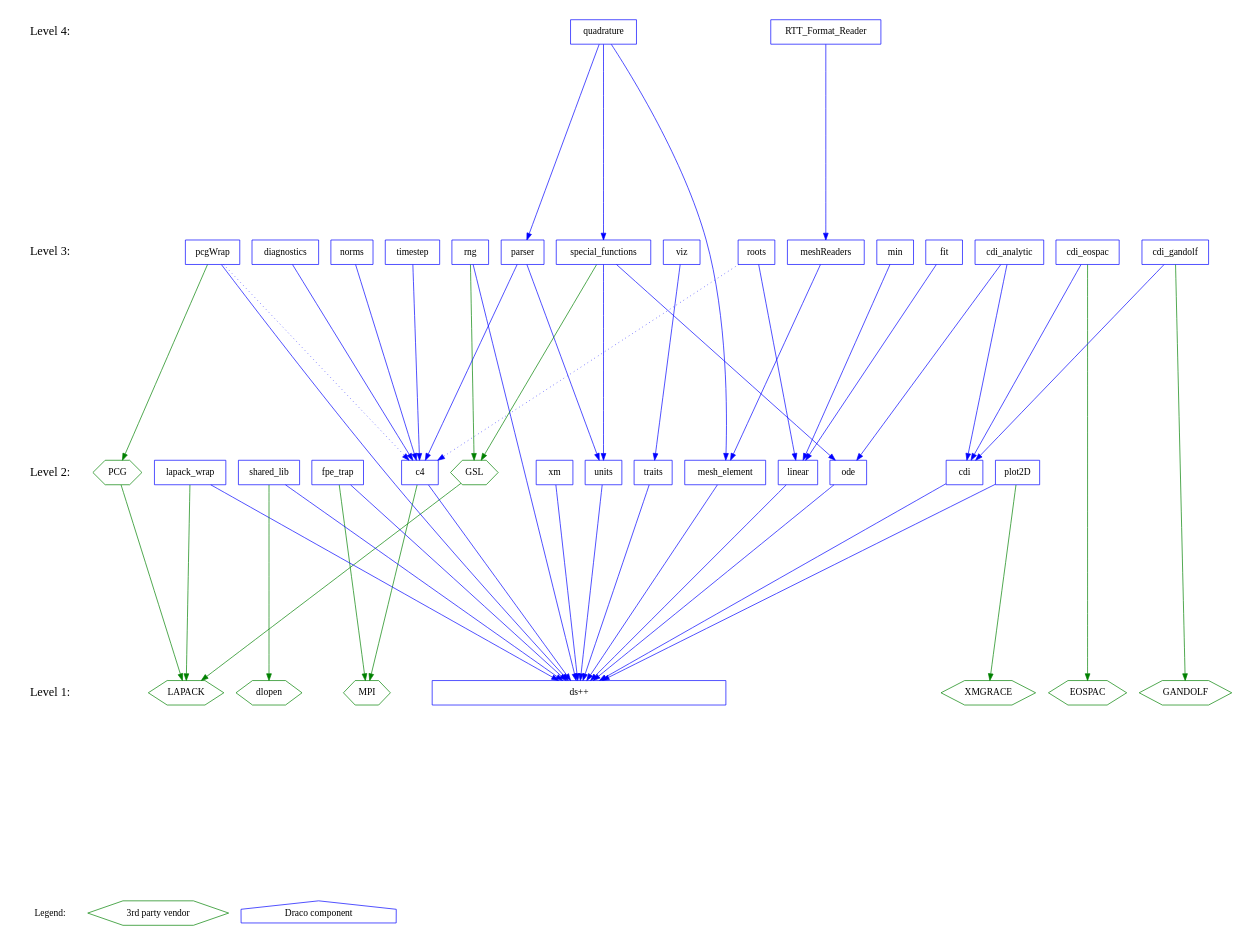
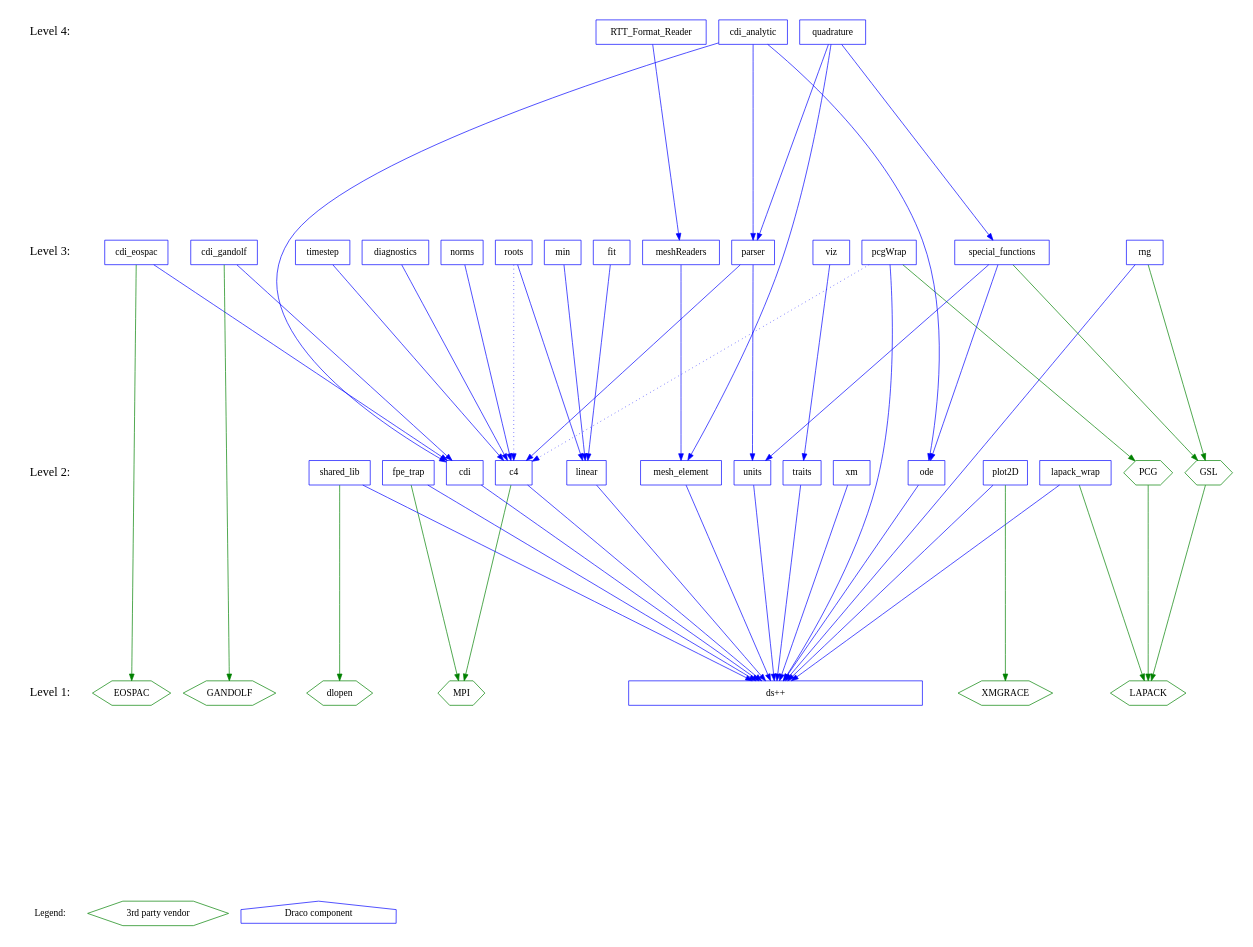
One commit to warsa/Draco changed the diagram in doc/design/level.dot. Above: the diagram before and after it, drawn with Graphviz.

Commit message:
+ Update levelization diagram.  cdi_analytic now requires parser.

```diff
--- a/doc/design/level.dot
+++ b/doc/design/level.dot
@@ -1,136 +1,136 @@
 digraph draco_level {
     /* graph attributes */
     center=1;
     size="7.5,10";
     ranksep=4;
     
     /* levels */
     legend [shape=plaintext, label="Legend:", fontsize=14];
     level1 [shape=plaintext, label="Level 1:", fontsize=18];
     level2 [shape=plaintext, label="Level 2:", fontsize=18];
     level3 [shape=plaintext, label="Level 3:", fontsize=18];
     level4 [shape=plaintext, label="Level 4:", fontsize=18];
 /*     level5 [shape=plaintext, label="Level 5:", fontsize=18]; */
 /*    level6 [shape=plaintext, label="Level 6:", fontsize=18]; */
     
     /* level6 -> level5 -> */
     level4 -> level3 -> level2 -> level1 -> legend [style=invis];
     
     /* packages */
 
     /* legend */
     leg_vendor [shape=box, label="3rd party vendor", color=green, shape=hexagon];
     leg_draco  [shape=box, label="Draco component",  color=blue,  shape=house ];
 
     /* level 1 */
     vdlopen    [shape=hexagon, color=green, label="dlopen"];
     veospac    [shape=hexagon, color=green, label="EOSPAC"];
     vgandolf   [shape=hexagon, color=green, label="GANDOLF"];
     vgrace     [shape=hexagon, color=green, label="XMGRACE"];
     vlapack    [shape=hexagon, color=green, label="LAPACK"];
     vmpi       [shape=hexagon, color=green, label="MPI"];
         
     dsxx [shape=box, color=blue, label="ds++", width=6];
     
     /* level 2 */
     vgsl       [shape=hexagon, color=green, label="GSL"];
     vpcg       [shape=hexagon, color=green, label="PCG"];
 
     c4         [shape=box, color=blue, label="c4"];
     cdi        [shape=box, color=blue, label="cdi"];
     fpetrap    [shape=box, color=blue, label="fpe_trap"];
     lapack     [shape=box, color=blue, label="lapack_wrap"];
     linear     [shape=box, color=blue, label="linear"];
     meshelement [shape=box, color=blue, label="mesh_element"];
     ode        [shape=box, color=blue, label="ode"];
     plot       [shape=box, color=blue, label="plot2D"];
     rng        [shape=box, color=blue, label="rng"];
     shlib      [shape=box, color=blue, label="shared_lib"];
     traits     [shape=box, color=blue, label="traits"];
     units      [shape=box, color=blue, label="units"];
     xm         [shape=box, color=blue, label="xm"];
         
     /* level 3 */
-    cdianal   [shape=box, color=blue, label="cdi_analytic"];
     cdieos    [shape=box, color=blue, label="cdi_eospac"];
     cdigan    [shape=box, color=blue, label="cdi_gandolf"];
     diagnostics [shape=box, color=blue, label="diagnostics"];
     fit       [shape=box, color=blue, label="fit"];
     meshread  [shape=box, color=blue, label="meshReaders"];
     min       [shape=box, color=blue, label="min"];
     norms     [shape=box, color=blue, label="norms"];
     parser    [shape=box, color=blue, label="parser"];
     pcg       [shape=box, color=blue, label="pcgWrap"];
     roots     [shape=box, color=blue, label="roots"];
     sf        [shape=box, color=blue, label="special_functions"];
     timestep  [shape=box, color=blue, label="timestep"];
     viz       [shape=box, color=blue, label="viz"];
     
     /* level 4 */
+    cdianal   [shape=box, color=blue, label="cdi_analytic"];
     quad      [shape=box, color=blue, label="quadrature"];
     rttread   [shape=box, color=blue, label="RTT_Format_Reader"];
     
     /* dependencies */
     {rank=same; legend leg_vendor leg_draco};
     {rank=same; level1 dsxx vlapack vmpi veospac  vgandolf vgrace vdlopen};
     {rank=same; level2 shlib plot lapack traits xm c4 fpetrap units cdi vpcg ode linear};
-    {rank=same; level3 viz timestep cdianal cdieos cdigan pcg meshread parser sf};
+    {rank=same; level3 viz timestep cdieos cdigan pcg meshread parser sf};
     {rank=same; level4 rttread quad};
     
     /* draco packages */
 
     /* NOTE:  hidden dependencies are in comments at the end of each line.
      * For example if a package depends on c4 it implicitly depends on dsxx
      * as well.  The dependency on dsxx is not shown explicitly on the
      * graph. 
     
     /* level 2 */
     c4          -> {dsxx}        [color=blue];
     c4          -> {vmpi}        [color=green];
     cdi         -> {dsxx}        [color=blue];
     fpetrap     -> {dsxx}        [color=blue];
     fpetrap     -> {vmpi}        [color=green];
     lapack      -> {dsxx}        [color=blue];
     lapack      -> {vlapack}     [color=green];
     linear      -> {dsxx}        [color=blue];
     meshelement -> {dsxx}        [color=blue];
     ode         -> {dsxx}        [color=blue];
     plot        -> {dsxx}        [color=blue];
     plot        -> {vgrace}      [color=green];
     rng         -> {dsxx}        [color=blue];
     rng         -> {vgsl}        [color=green];
     shlib       -> {dsxx}        [color=blue];
     shlib       -> {vdlopen}     [color=green];
     traits      -> {dsxx}        [color=blue];
     units       -> {dsxx}        [color=blue];
     vgsl        -> {vlapack}     [color=green];
     vpcg        -> {vlapack}     [color=green];
     xm          -> {dsxx}        [color=blue];
     
     /* level 3 */
-    cdianal     -> {cdi ode}     [color=blue];
     cdieos      -> {cdi}         [color=blue];
     cdieos      -> {veospac}     [color=green]; 
     cdigan      -> {cdi}         [color=blue]; 
     cdigan      -> {vgandolf}    [color=green];
     diagnostics -> {c4}          [color=blue];
     fit         -> {linear}      [color=blue];
     meshread    -> {meshelement} [color=blue];
     min         -> {linear}      [color=blue];
     norms       -> {c4}          [color=blue];
     parser      -> {c4 units}    [color=blue];
     pcg         -> {c4}          [color=blue style=dotted];
     pcg         -> {dsxx}        [color=blue];
     pcg         -> {vpcg}        [color=green];
     roots       -> {linear}      [color=blue];
     roots       -> {c4}          [color=blue, style=dotted];
     sf          -> {units ode}   [color=blue];
     sf          -> {vgsl}        [color=green];
     timestep    -> {c4}          [color=blue];
     viz         -> {traits}      [color=blue];
 
     /* level 4 */
+    cdianal     -> {parser cdi ode}        [color=blue];
     quad        -> {sf meshelement parser} [color=blue];
     rttread     -> {meshread}              [color=blue];
 
 }
```
